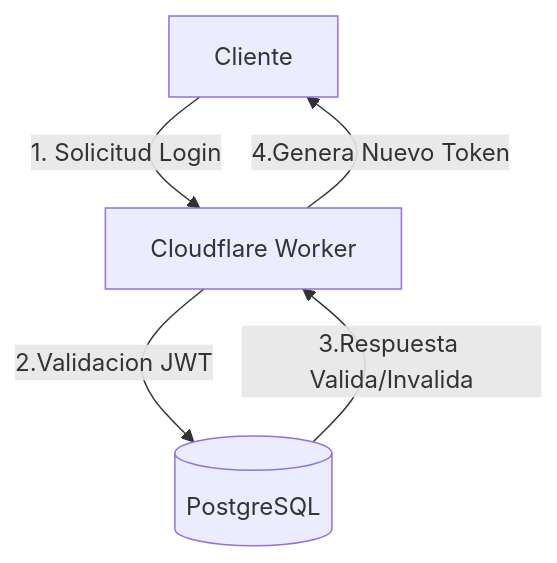
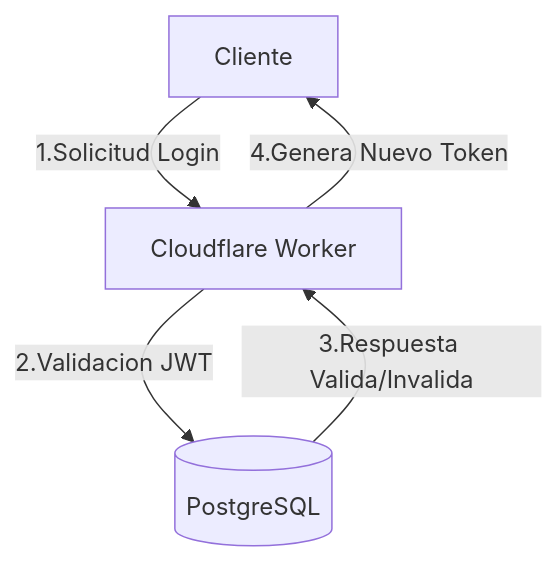
One commit to Lostovayne/Authentication-With-Hono changed the second of 2 diagrams in README.md. Above: the diagram before and after it, drawn with Mermaid. The commit also changed other lines of this file, not shown here.

Commit message:
update document values in graph

````diff
--- a/README.md
+++ b/README.md
@@ -41,8 +42,8 @@
 ```mermaid
 graph TD
-    A[Cliente] -->|1. Solicitud Login| B[Cloudflare Worker]
+    A[Cliente] -->|1.Solicitud Login| B[Cloudflare Worker]
     B -->|2.Validacion JWT| C[(PostgreSQL)]
     C -->|3.Respuesta Valida/Invalida| B
     B -->|4.Genera Nuevo Token| A
 
 ``` 
````
